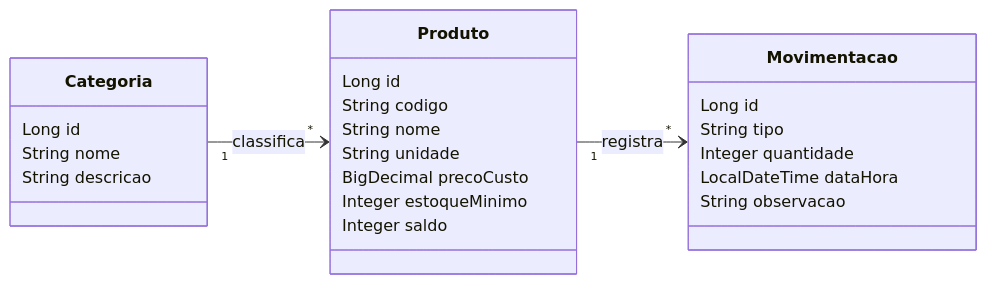
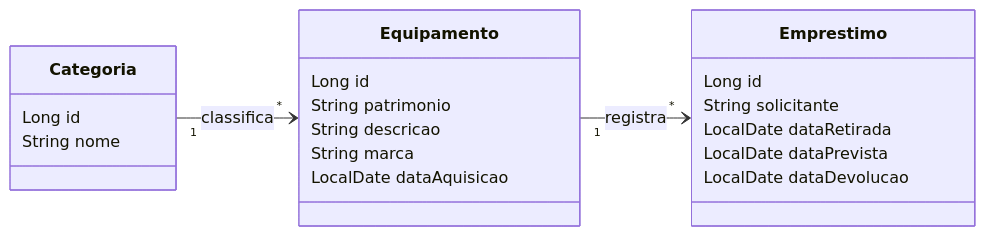
One commit to Juniorll/projeto-referencia-emprestimos changed the diagram in README.md. Above: the diagram before and after it, drawn with Mermaid. The commit also changed 3 other files, not shown here.

````diff
--- a/README.md
+++ b/README.md
@@ -73,27 +73,24 @@
 ```mermaid
 classDiagram
     direction LR
     class Categoria {
         Long id
         String nome
+    }
+    class Equipamento {
+        Long id
+        String patrimonio
         String descricao
+        String marca
+        LocalDate dataAquisicao
     }
-    class Produto {
+    class Emprestimo {
         Long id
-        String codigo
-        String nome
-        String unidade
-        BigDecimal precoCusto
-        Integer estoqueMinimo
-        Integer saldo
+        String solicitante
+        LocalDate dataRetirada
+        LocalDate dataPrevista
+        LocalDate dataDevolucao
     }
-    class Movimentacao {
-        Long id
-        String tipo
-        Integer quantidade
-        LocalDateTime dataHora
-        String observacao
-    }
-    Categoria "1" --> "*" Produto : classifica
-    Produto "1" --> "*" Movimentacao : registra
+    Categoria "1" --> "*" Equipamento : classifica
+    Equipamento "1" --> "*" Emprestimo : registra
 ```
````
